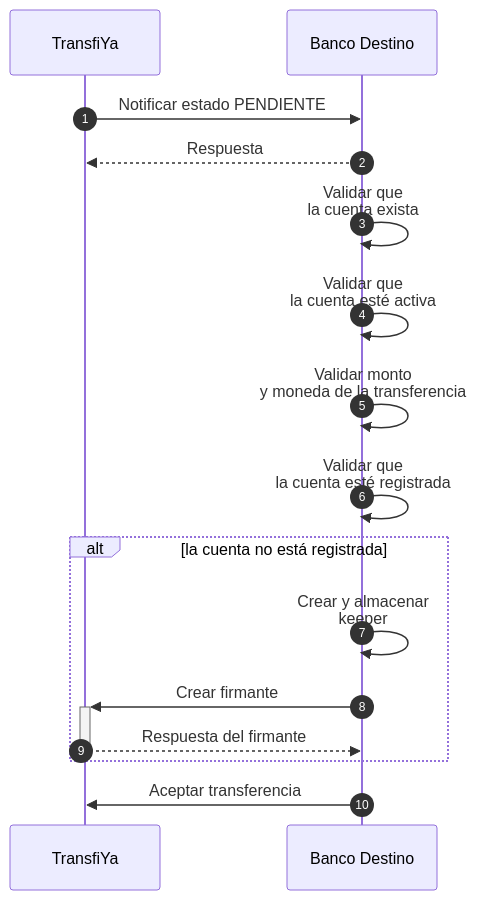
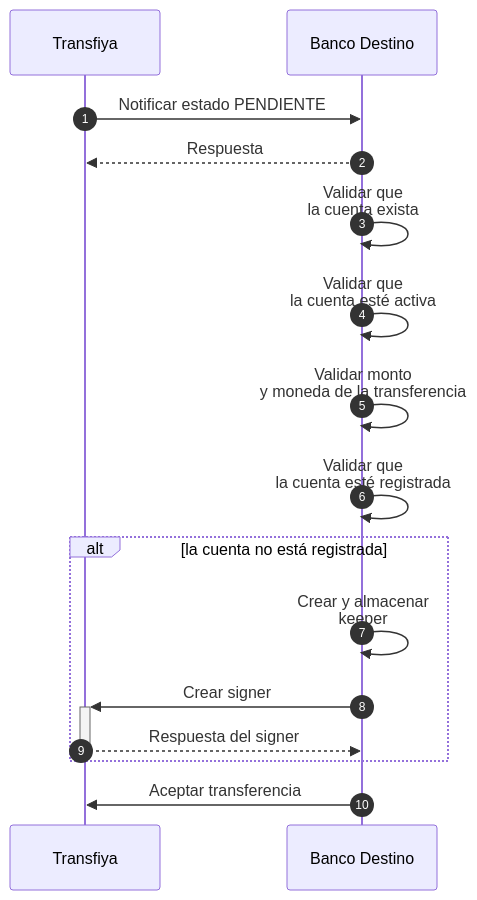
One commit to dom-minka/docs changed the second of 2 diagrams in es/v1.66/transfers-mol/guides/how-to-accept-transfer.mdx. Above: the diagram before and after it, drawn with Mermaid. The commit also changed other lines of this file and 19 other files, not shown here.

````diff
--- a/es/v1.66/transfers-mol/guides/how-to-accept-transfer.mdx
+++ b/es/v1.66/transfers-mol/guides/how-to-accept-transfer.mdx
@@ -54,21 +54,21 @@
 ```mermaid
 sequenceDiagram
   autonumber
-  participant ty as TransfiYa
+  participant ty as Transfiya
   participant tb as Banco Destino
 
   ty ->> tb: Notificar estado PENDIENTE
   tb -->> ty: Respuesta
   tb ->> tb: Validar que<br/> la cuenta exista
   tb ->> tb: Validar que<br/> la cuenta esté activa
   tb ->> tb: Validar monto<br/> y moneda de la transferencia
   tb ->> tb: Validar que<br/> la cuenta esté registrada
 
   alt la cuenta no está registrada
     tb ->> tb: Crear y almacenar<br />keeper
-    tb ->> +ty: Crear firmante
-    ty -->> -tb: Respuesta del firmante
+    tb ->> +ty: Crear signer
+    ty -->> -tb: Respuesta del signer
   end
 
   tb ->> ty: Aceptar transferencia
 ```
````
